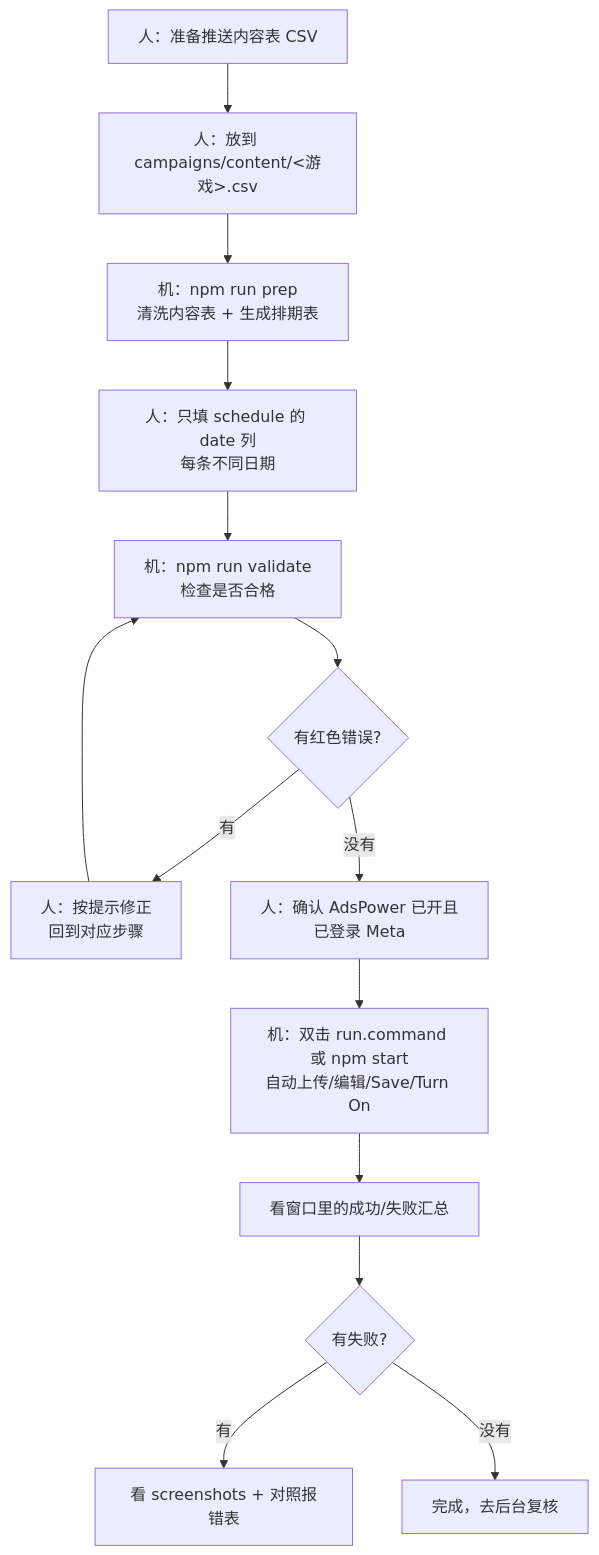
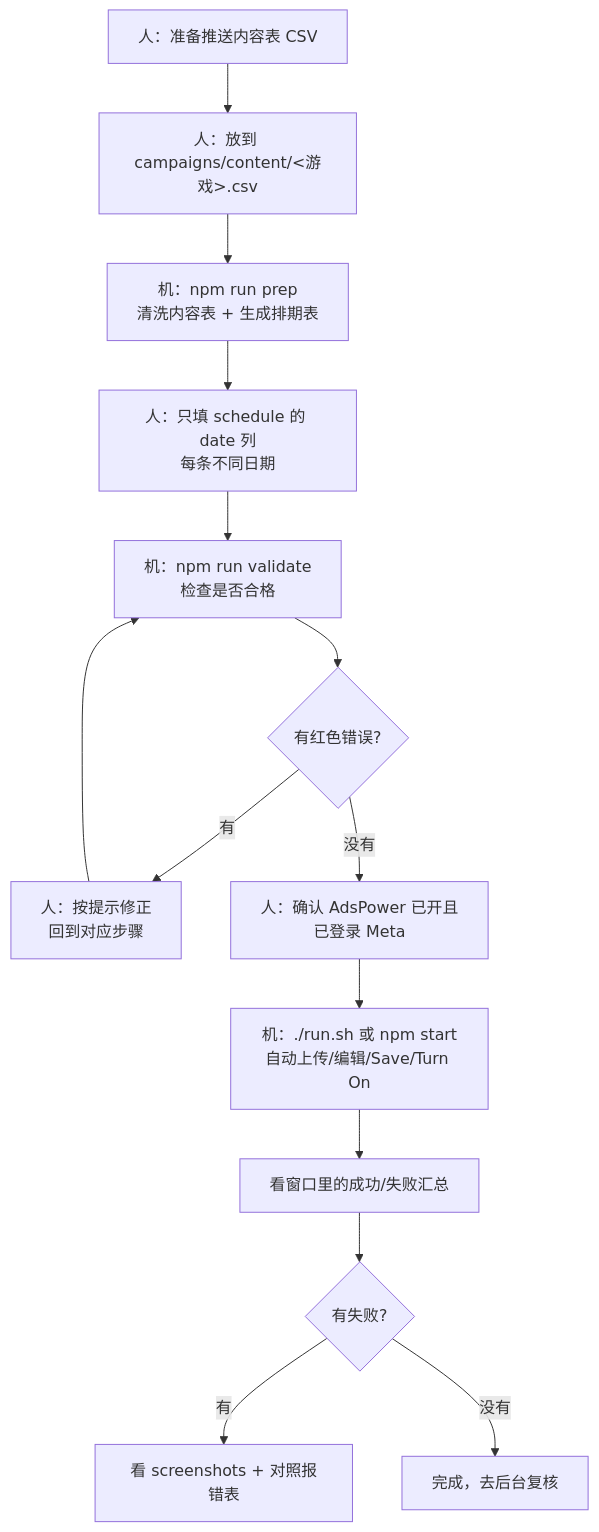
The diagram in docs/flow.mmd (wan88888/fbgame-notification-automation), drawn with Mermaid before and after one commit. The commit also changed 28 other files, not shown here.

```diff
--- a/docs/flow.mmd
+++ b/docs/flow.mmd
@@ -1,14 +1,14 @@
 flowchart TD
     A[人：准备推送内容表 CSV] --> B["人：放到 campaigns/content/&lt;游戏&gt;.csv"]
     B --> C[机：npm run prep<br/>清洗内容表 + 生成排期表]
     C --> D["人：只填 schedule 的 date 列<br/>每条不同日期"]
     D --> E[机：npm run validate<br/>检查是否合格]
     E --> F{有红色错误?}
     F -->|有| G[人：按提示修正<br/>回到对应步骤]
     G --> E
     F -->|没有| H[人：确认 AdsPower 已开且已登录 Meta]
-    H --> I[机：双击 run.command 或 npm start<br/>自动上传/编辑/Save/Turn On]
+    H --> I[机：./run.sh 或 npm start<br/>自动上传/编辑/Save/Turn On]
     I --> J[看窗口里的成功/失败汇总]
     J --> K{有失败?}
     K -->|有| L[看 screenshots + 对照报错表]
     K -->|没有| M[完成，去后台复核]
```
